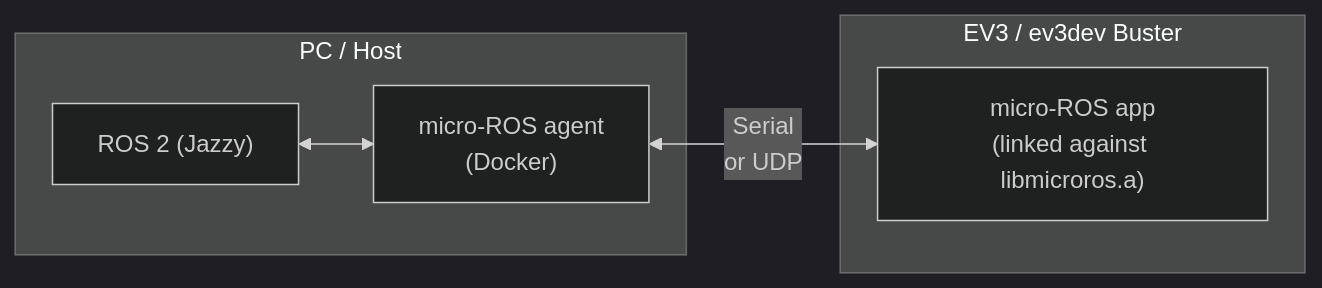
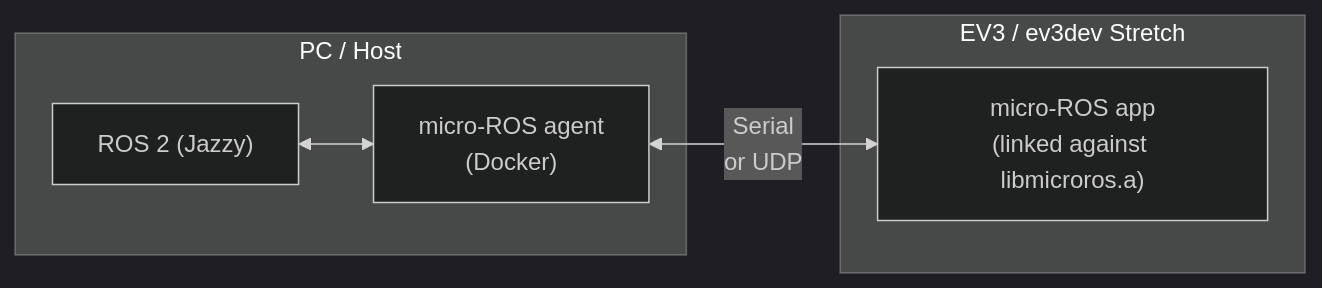
The diagram in README.md (racarla96/micro_ros_ev3), drawn with Mermaid (dark theme) before and after one commit. The commit also changed other lines of this file and 2005 other files, not shown here.

First line of the commit message:
Switch to ev3dev Stretch and vendor micro-ROS static library

````diff
--- a/README.md
+++ b/README.md
@@ -10,12 +10,12 @@
 ```mermaid
 graph LR
     subgraph PC["PC / Host"]
         ROS2["ROS 2 (Jazzy)"]
         Agent["micro-ROS agent\n(Docker)"]
         ROS2 <--> Agent
     end
-    subgraph EV3["EV3 / ev3dev Buster"]
+    subgraph EV3["EV3 / ev3dev Stretch"]
         App["micro-ROS app\n(linked against libmicroros.a)"]
     end
     Agent <-->|"Serial\nor UDP"| App
 ```
````
